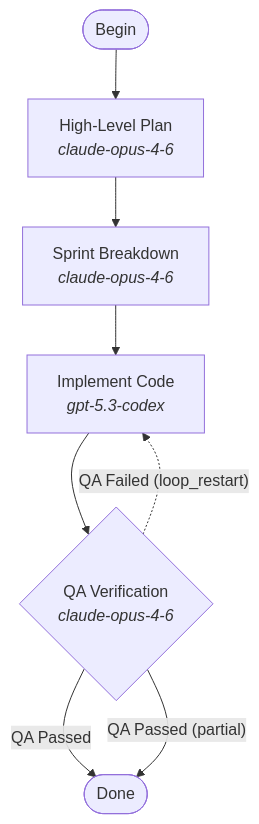
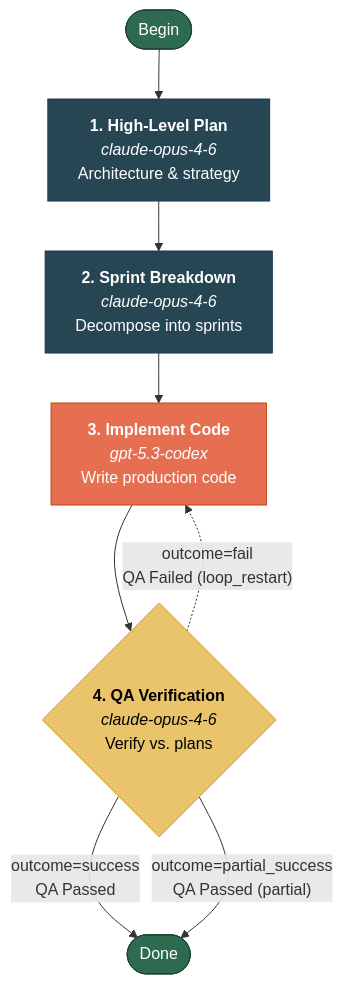
One commit to bencivjan/attractor-scala changed the first of 2 diagrams in README.md. Above: the diagram before and after it, drawn with Mermaid. The commit also changed other lines of this file and 2 other files, not shown here.

First line of the commit message:
Sync evaluator pipeline from attractor-go, add pipeline diagrams

````diff
--- a/README.md
+++ b/README.md
@@ -107,18 +107,25 @@
 ```mermaid
 flowchart TD
     start(["Begin"])
-    plan["High-Level Plan<br/><i>claude-opus-4-6</i>"]
-    sprints["Sprint Breakdown<br/><i>claude-opus-4-6</i>"]
-    impl["Implement Code<br/><i>gpt-5.3-codex</i>"]
-    qa{"QA Verification<br/><i>claude-opus-4-6</i>"}
+    plan["<b>1. High-Level Plan</b><br/><i>claude-opus-4-6</i><br/>Architecture & strategy"]
+    sprints["<b>2. Sprint Breakdown</b><br/><i>claude-opus-4-6</i><br/>Decompose into sprints"]
+    impl["<b>3. Implement Code</b><br/><i>gpt-5.3-codex</i><br/>Write production code"]
+    qa{"<b>4. QA Verification</b><br/><i>claude-opus-4-6</i><br/>Verify vs. plans"}
     done(["Done"])
 
     start --> plan
     plan --> sprints
     sprints --> impl
     impl --> qa
 
-    qa -- "QA Passed" --> done
-    qa -- "QA Passed (partial)" --> done
-    qa -. "QA Failed (loop_restart)" .-> impl
+    qa -- "outcome=success<br/>QA Passed" --> done
+    qa -- "outcome=partial_success<br/>QA Passed (partial)" --> done
+    qa -. "outcome=fail<br/>QA Failed (loop_restart)" .-> impl
+
+    style start fill:#2d6a4f,stroke:#1b4332,color:#fff
+    style done fill:#2d6a4f,stroke:#1b4332,color:#fff
+    style plan fill:#264653,stroke:#1d3557,color:#fff
+    style sprints fill:#264653,stroke:#1d3557,color:#fff
+    style impl fill:#e76f51,stroke:#c1440e,color:#fff
+    style qa fill:#e9c46a,stroke:#d4a017,color:#000
 ```
````
